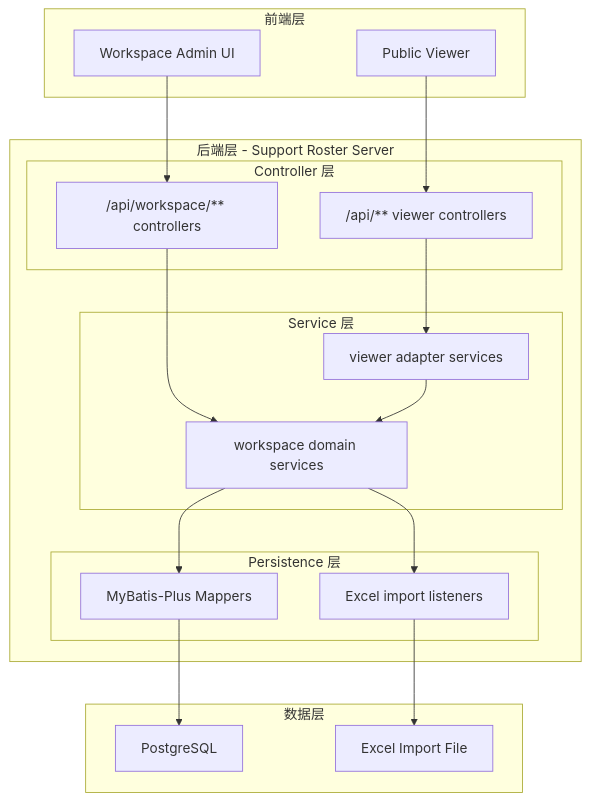
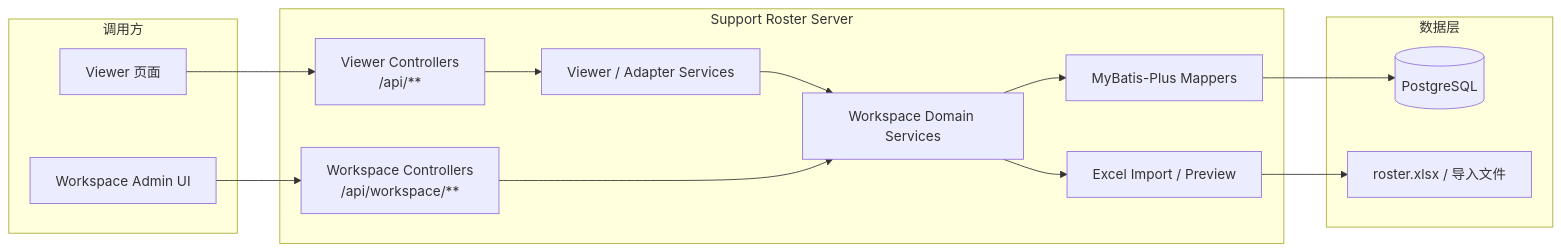
The second of 2 diagrams in .specs/_index.md (yachi666/support-roster-server), drawn with Mermaid before and after one commit. The commit also changed other lines of this file and 34 other files, not shown here.

````diff
--- a/.specs/_index.md
+++ b/.specs/_index.md
@@ -109,39 +61,33 @@
 ```mermaid
-graph TB
-    subgraph "前端层"
-        VIEWER["Public Viewer"]
-        ADMIN["Workspace Admin UI"]
+graph LR
+    subgraph Clients[调用方]
+        V[Viewer 页面]
+        A[Workspace Admin UI]
     end
 
-    subgraph "后端层 - Support Roster Server"
-        subgraph "Controller 层"
-            VC["/api/** viewer controllers"]
-            WC["/api/workspace/** controllers"]
-        end
-
-        subgraph "Service 层"
-            VS["viewer adapter services"]
-            WS["workspace domain services"]
-        end
-
-        subgraph "Persistence 层"
-            MP["MyBatis-Plus Mappers"]
-            IMP["Excel import listeners"]
-        end
+    subgraph Server[Support Roster Server]
+        VC[Viewer Controllers
+/api/**]
+        WC[Workspace Controllers
+/api/workspace/**]
+        VS[Viewer / Adapter Services]
+        WS[Workspace Domain Services]
+        MP[MyBatis-Plus Mappers]
+        IMP[Excel Import / Preview]
     end
 
-    subgraph "数据层"
-        PG["PostgreSQL"]
-        EXCEL["Excel Import File"]
+    subgraph Data[数据层]
+        PG[(PostgreSQL)]
+        XLS[roster.xlsx / 导入文件]
     end
 
-    VIEWER --> VC
-    ADMIN --> WC
+    V --> VC
+    A --> WC
     VC --> VS
+    VS --> WS
     WC --> WS
-    VS --> WS
     WS --> MP
     WS --> IMP
     MP --> PG
-    IMP --> EXCEL
+    IMP --> XLS
 ```
````
